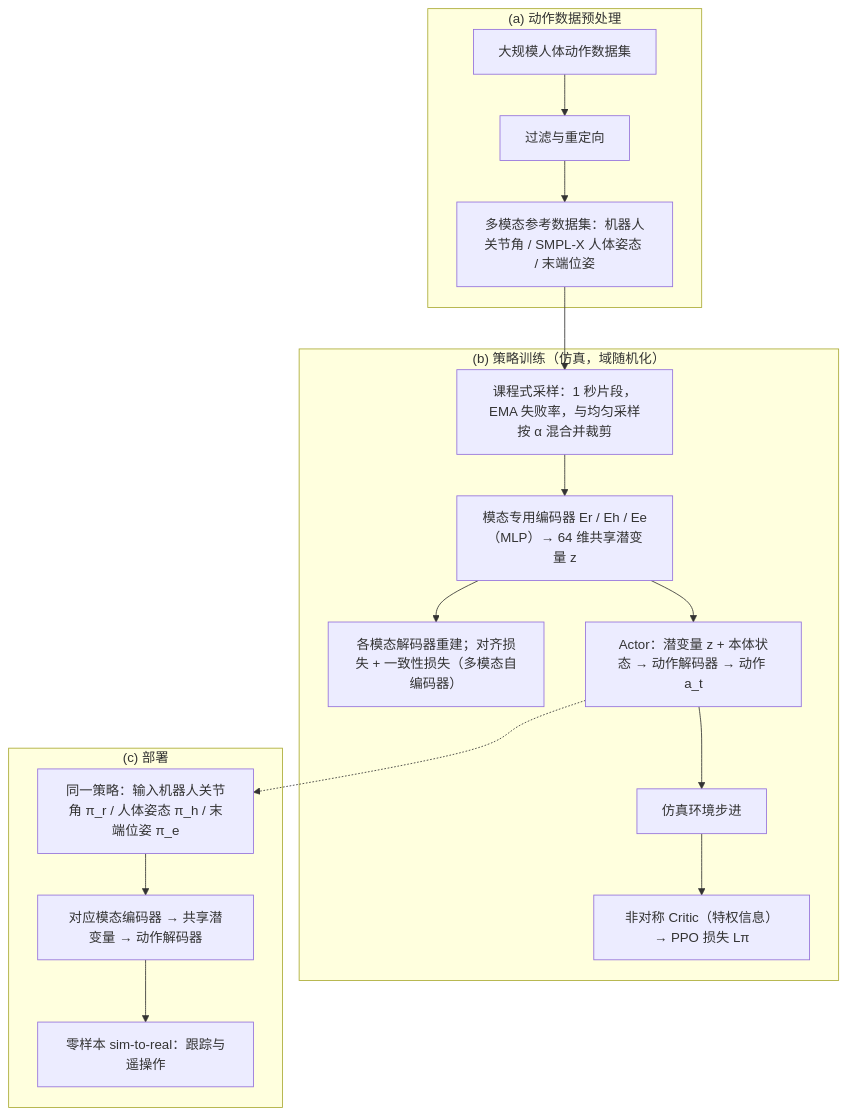
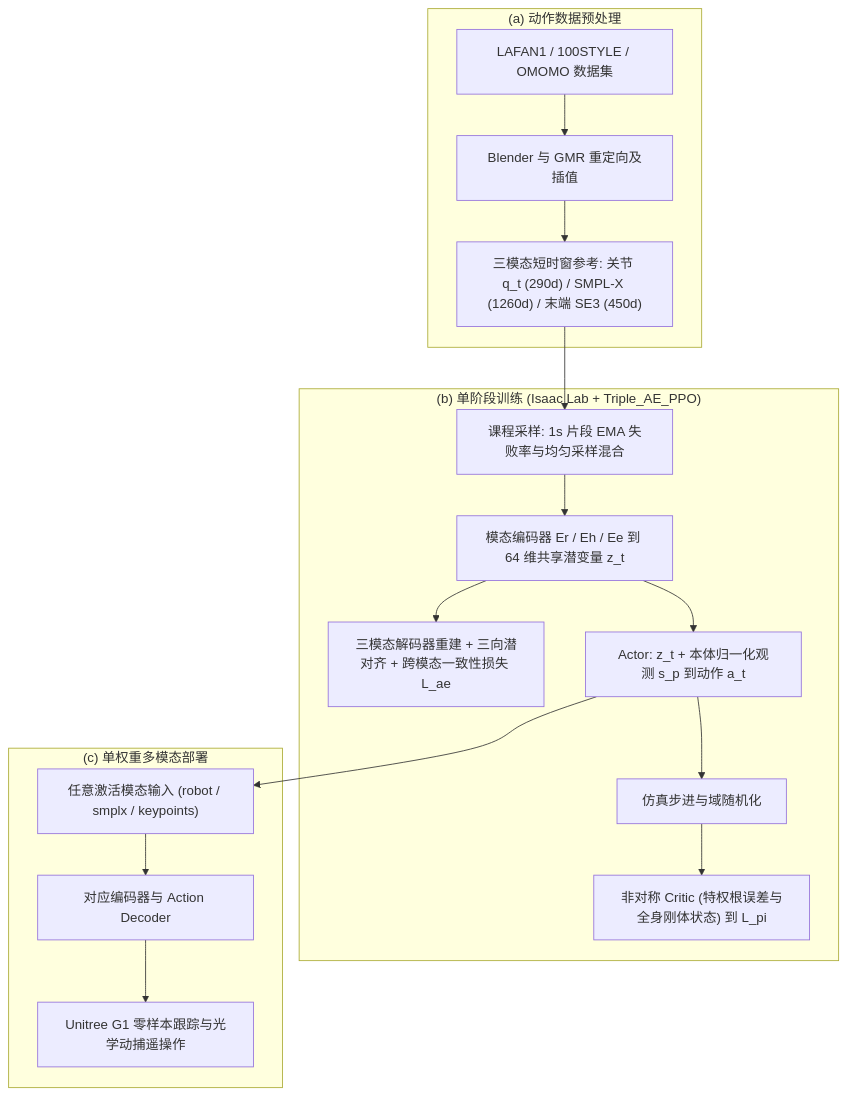
The first of 2 diagrams in wiki/entities/paper-loco-manip-06-m3imic.md (ImChong/Robotics_Notebooks), drawn with Mermaid before and after one commit. The commit also changed other lines of this file and 151 other files, not shown here.

````diff
--- a/wiki/entities/paper-loco-manip-06-m3imic.md
+++ b/wiki/entities/paper-loco-manip-06-m3imic.md
@@ -45,20 +56,20 @@
 ```mermaid
 flowchart TD
     subgraph PRE["(a) 动作数据预处理"]
-        D1["大规模人体动作数据集"] --> D2["过滤与重定向"]
-        D2 --> D3["多模态参考数据集：机器人关节角 / SMPL-X 人体姿态 / 末端位姿"]
+        D1["LAFAN1 / 100STYLE / OMOMO 数据集"] --> D2["Blender 与 GMR 重定向及插值"]
+        D2 --> D3["三模态短时窗参考: 关节 q_t (290d) / SMPL-X (1260d) / 末端 SE3 (450d)"]
     end
-    D3 --> CUR["课程式采样：1 秒片段，EMA 失败率，与均匀采样按 α 混合并裁剪"]
-    subgraph TRN["(b) 策略训练（仿真，域随机化）"]
-        CUR --> ENC["模态专用编码器 Er / Eh / Ee（MLP）→ 64 维共享潜变量 z"]
-        ENC --> DEC["各模态解码器重建；对齐损失 + 一致性损失（多模态自编码器）"]
-        ENC --> ACT["Actor：潜变量 z + 本体状态 → 动作解码器 → 动作 a_t"]
-        ACT --> ENV["仿真环境步进"]
-        ENV --> CRI["非对称 Critic（特权信息）→ PPO 损失 Lπ"]
+    D3 --> CUR["课程采样: 1s 片段 EMA 失败率与均匀采样混合"]
+    subgraph TRN["(b) 单阶段训练 (Isaac Lab + Triple_AE_PPO)"]
+        CUR --> ENC["模态编码器 Er / Eh / Ee 到 64 维共享潜变量 z_t"]
+        ENC --> DEC["三模态解码器重建 + 三向潜对齐 + 跨模态一致性损失 L_ae"]
+        ENC --> ACT["Actor: z_t + 本体归一化观测 s_p 到动作 a_t"]
+        ACT --> ENV["仿真步进与域随机化"]
+        ENV --> CRI["非对称 Critic (特权根误差与全身刚体状态) 到 L_pi"]
     end
-    subgraph DEP["(c) 部署"]
-        P1["同一策略：输入机器人关节角 π_r / 人体姿态 π_h / 末端位姿 π_e"] --> P2["对应模态编码器 → 共享潜变量 → 动作解码器"]
-        P2 --> P3["零样本 sim-to-real：跟踪与遥操作"]
+    subgraph DEP["(c) 单权重多模态部署"]
+        P1["任意激活模态输入 (robot / smplx / keypoints)"] --> P2["对应编码器与 Action Decoder"]
+        P2 --> P3["Unitree G1 零样本跟踪与光学动捕遥操作"]
     end
-    ACT -.-> P1
+    ACT --> P1
 ```
````
